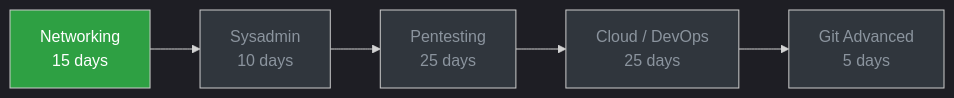
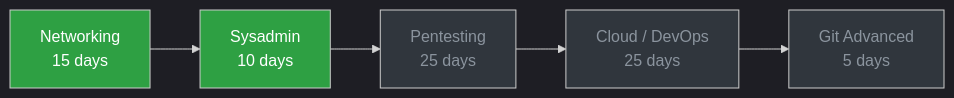
One commit to Jeetendra-sanatani/tools-journal changed the second of 2 diagrams in README.md. Above: the diagram before and after it, drawn with Mermaid.

````diff
--- a/README.md
+++ b/README.md
@@ -63,14 +63,14 @@
 ```mermaid
 %%{init: {'theme':'dark'}}%%
 flowchart LR
     A[Networking<br/>15 days] --> B[Sysadmin<br/>10 days]
     B --> C[Pentesting<br/>25 days]
     C --> D[Cloud / DevOps<br/>25 days]
     D --> E[Git Advanced<br/>5 days]
 
     style A fill:#2ea043,color:#fff
-    style B fill:#30363d,color:#8b949e
+    style B fill:#2ea043,color:#fff
     style C fill:#30363d,color:#8b949e
     style D fill:#30363d,color:#8b949e
     style E fill:#30363d,color:#8b949e
 ```
````
